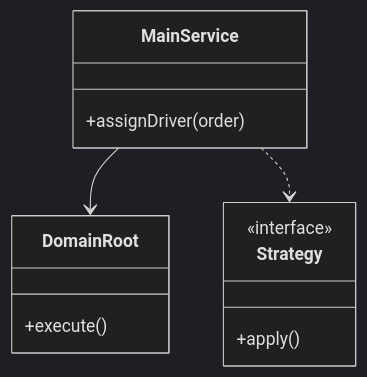
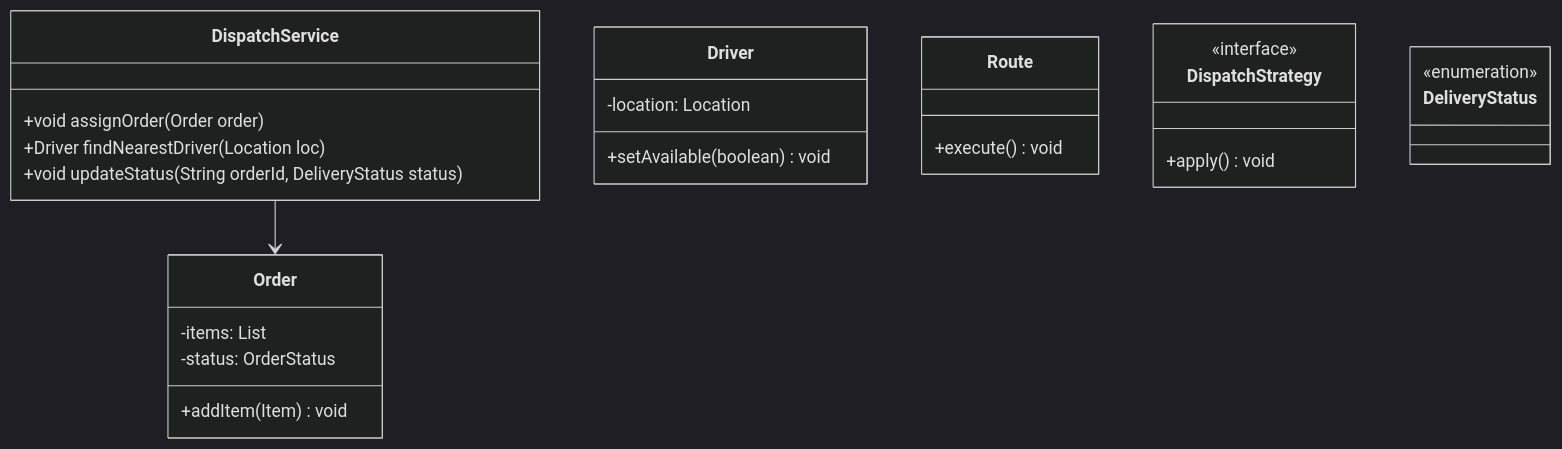
The first of 3 diagrams in Learn/System Design - Low Level Design/02-classic-ood/questions/Q33-delivery-dispatch.md (madhupaila/Interview-Prep-SSE), drawn with Mermaid (dark theme) before and after one commit. The commit also changed other lines of this file and 491 other files, not shown here.

````diff
--- a/Learn/System Design - Low Level Design/02-classic-ood/questions/Q33-delivery-dispatch.md
+++ b/Learn/System Design - Low Level Design/02-classic-ood/questions/Q33-delivery-dispatch.md
@@ -74,15 +92,28 @@
 ```mermaid
 classDiagram
-    class MainService {
-        +assignDriver(order)
+    class DispatchService {
+        +void assignOrder(Order order)
+        +Driver findNearestDriver(Location loc)
+        +void updateStatus(String orderId, DeliveryStatus status)
     }
-    class DomainRoot {
-        +execute()
+    class Order {
+        -items: List
+        -status: OrderStatus
+        +addItem(Item) void
     }
-    class Strategy {
+    class Driver {
+        -location: Location
+        +setAvailable(boolean) void
+    }
+    class Route {
+        +execute() void
+    }
+    class DispatchStrategy {
         <<interface>>
-        +apply()
+        +apply() void
     }
-    MainService --> DomainRoot
-    MainService ..> Strategy
+    class DeliveryStatus {
+        <<enumeration>>
+    }
+    DispatchService --> Order
 ```
````
